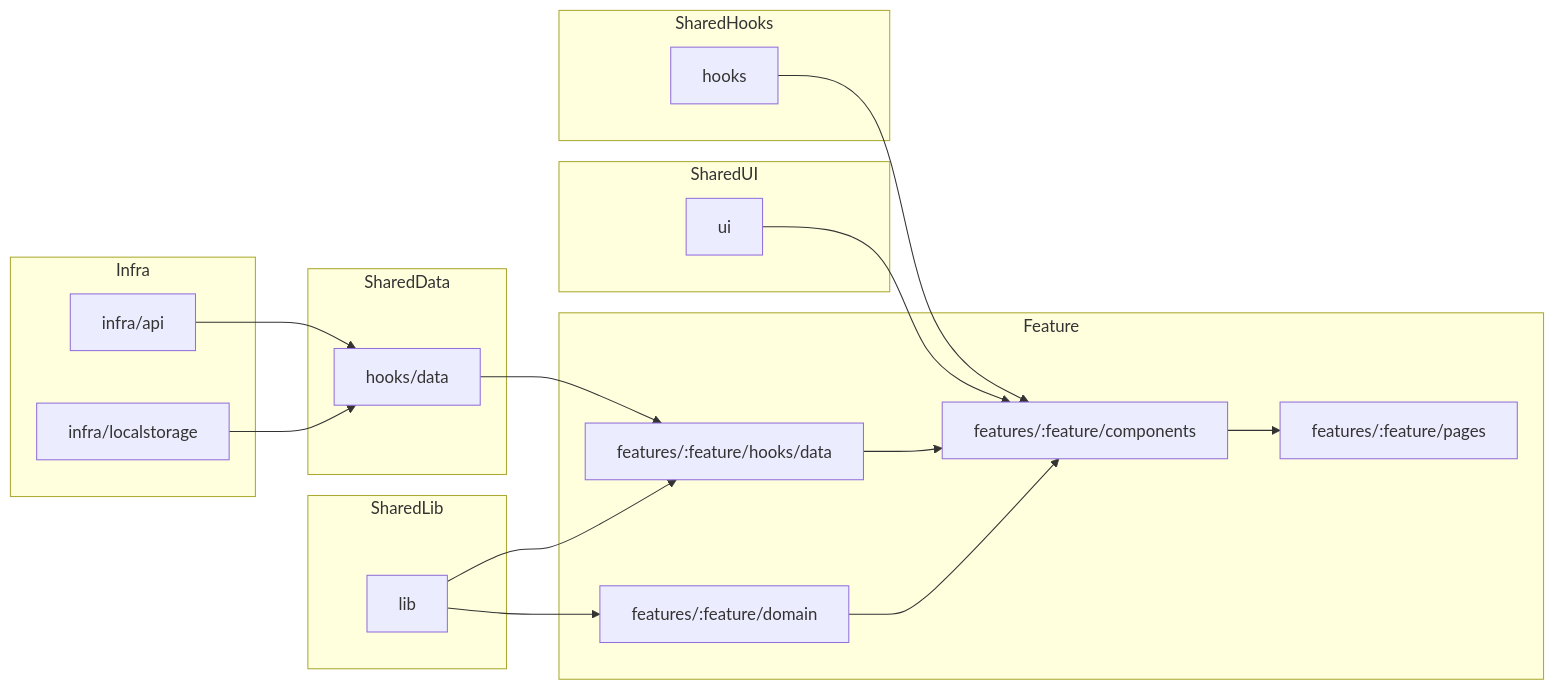
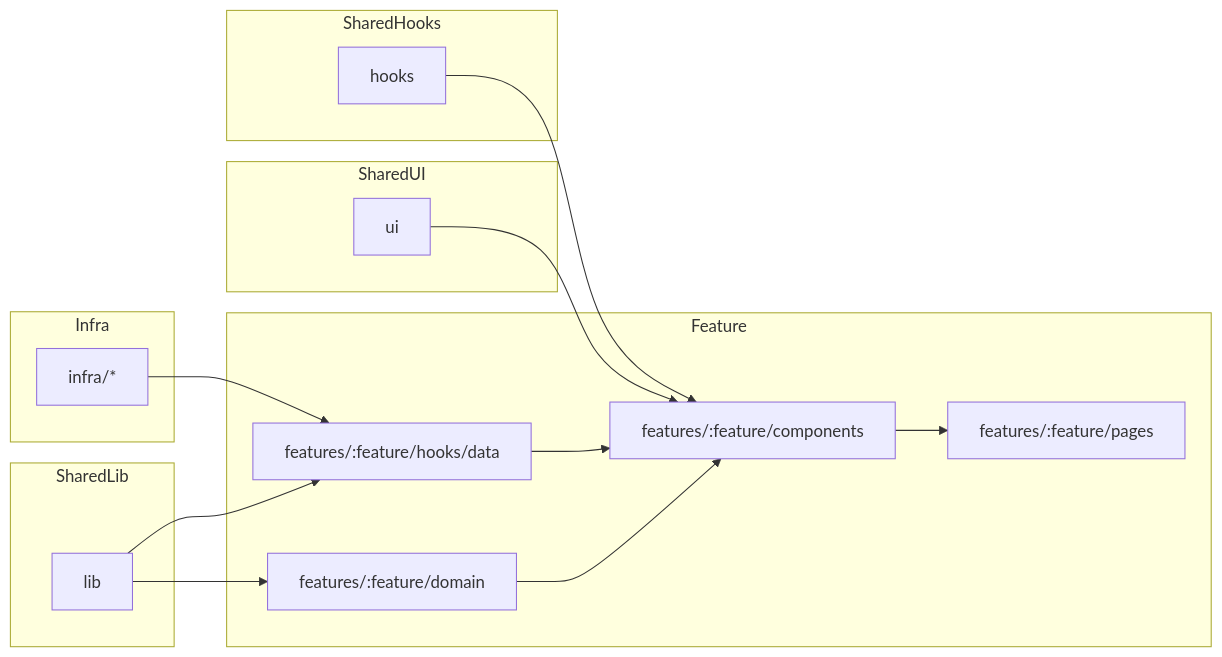
One commit to ryo-chin/forge changed the diagram in docs/architecture/frontend.md. Above: the diagram before and after it, drawn with Mermaid. The commit also changed other lines of this file and 1 other file, not shown here.

````diff
--- a/docs/architecture/frontend.md
+++ b/docs/architecture/frontend.md
@@ -85,41 +72,34 @@
 ```mermaid
 graph LR
     subgraph Infra
-        IAPI[infra/api]
-        IStorage[infra/localstorage]
-    end
-
-    subgraph SharedData
-        HD[hooks/data]
+        I[infra/*]
     end
 
     subgraph SharedHooks
         H[hooks]
     end
 
     subgraph SharedLib
         L[lib]
     end
 
     subgraph SharedUI
         UI[ui]
     end
 
     subgraph Feature
         FData[features/:feature/hooks/data]
         FDomain[features/:feature/domain]
         FComp[features/:feature/components]
         FPages[features/:feature/pages]
     end
 
-    IAPI --> HD
-    IStorage --> HD
-    HD --> FData
+    I --> FData
     L --> FDomain
     L --> FData
     H --> FComp
     UI --> FComp
     FData --> FComp
     FDomain --> FComp
     FComp --> FPages
 ```
````
